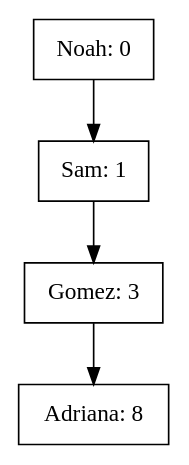
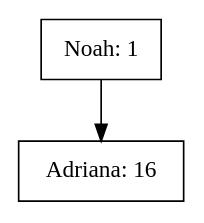
Before and after one commit to AdriGomez95/EDD_1S2020_PY1_201504236-master: the diagram in ListaScoreBoard.dot, drawn with Graphviz. The commit also changed 19 other files, not shown here.

```diff
--- a/ListaScoreBoard.dot
+++ b/ListaScoreBoard.dot
@@ -1,6 +1,4 @@
 digraph G{
-node0[shape = record,label = "Noah: 0"];
-node1[shape = record,label = "Sam: 1"];
-node2[shape = record,label = "Gomez: 3"];
-node3[shape = record,label = "Adriana: 8"];
-node0->node1->node2->node3}
+node0[shape = record,label = "Noah: 1"];
+node1[shape = record,label = "Adriana: 16"];
+node0->node1}
```
